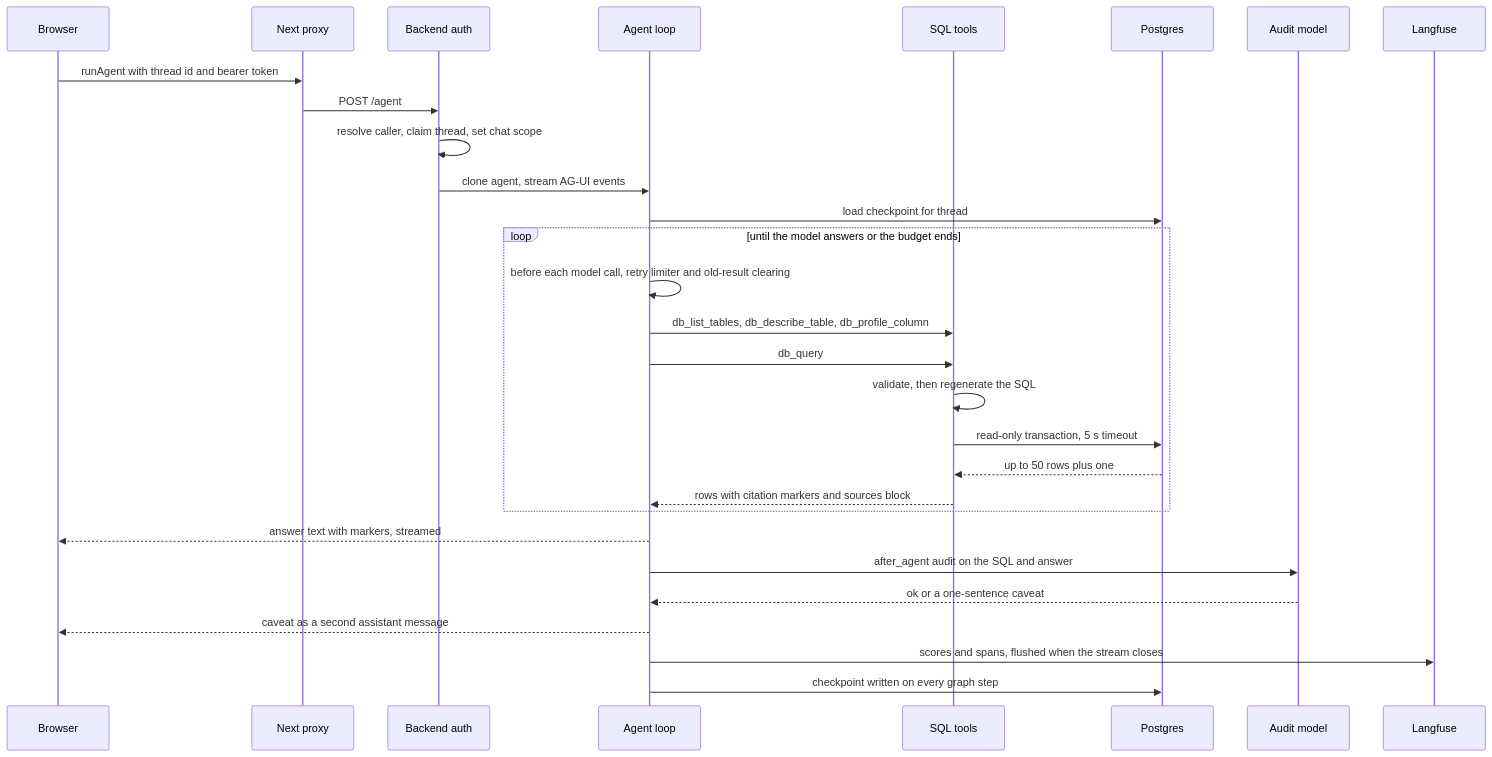
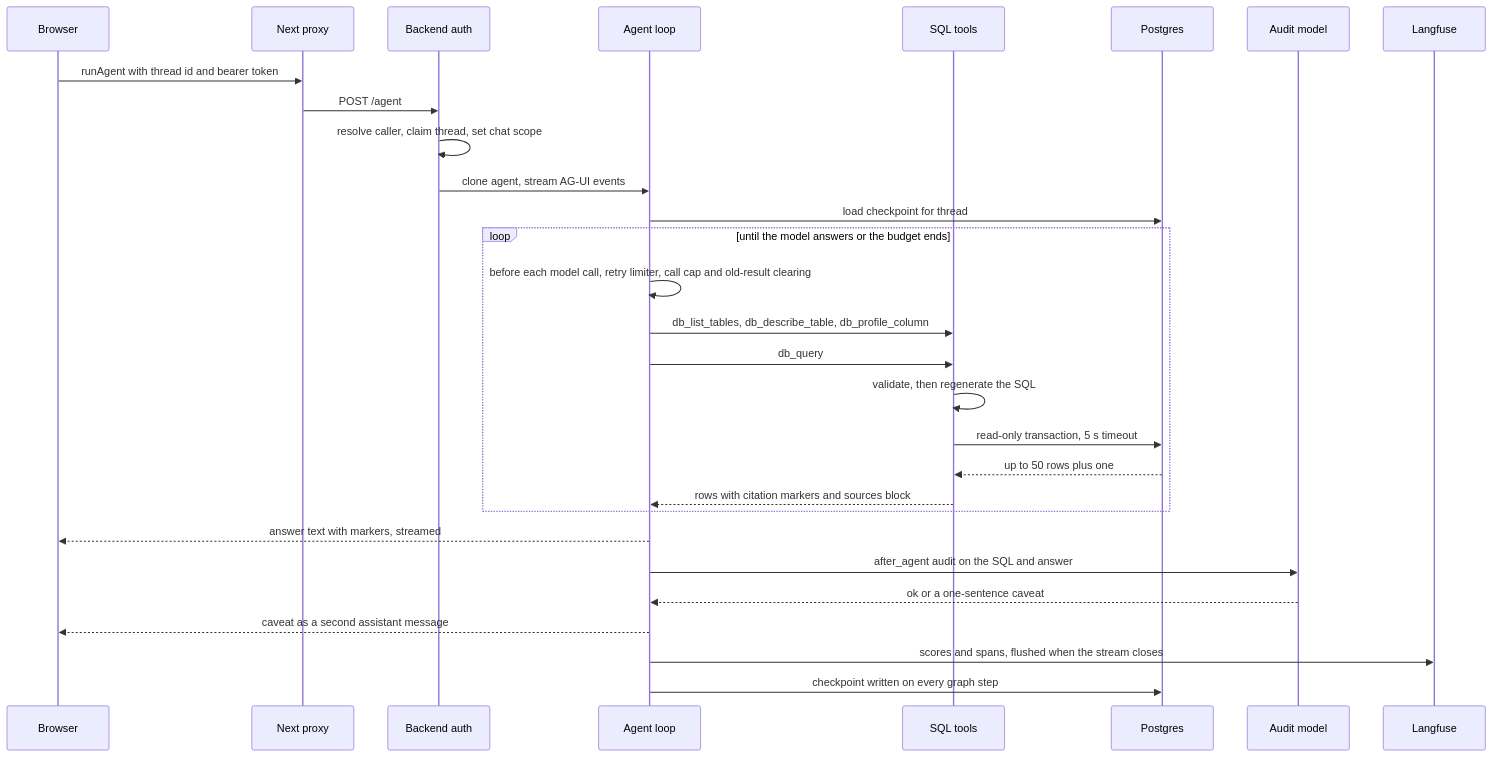
One commit to project-tech4dev/sangam changed the diagram in openwiki/workflows/ask-turn.md. Above: the diagram before and after it, drawn with Mermaid. The commit also changed other lines of this file and 36 other files, not shown here.

````diff
--- a/openwiki/workflows/ask-turn.md
+++ b/openwiki/workflows/ask-turn.md
@@ -85,32 +91,32 @@
 ```mermaid
 sequenceDiagram
     participant B as Browser
     participant P as Next proxy
     participant A as Backend auth
     participant G as Agent loop
     participant S as SQL tools
     participant D as Postgres
     participant U as Audit model
     participant T as Langfuse
 
     B->>P: runAgent with thread id and bearer token
     P->>A: POST /agent
     A->>A: resolve caller, claim thread, set chat scope
     A->>G: clone agent, stream AG-UI events
     G->>D: load checkpoint for thread
     loop until the model answers or the budget ends
-        G->>G: before each model call, retry limiter and old-result clearing
+        G->>G: before each model call, retry limiter, call cap and old-result clearing
         G->>S: db_list_tables, db_describe_table, db_profile_column
         G->>S: db_query
         S->>S: validate, then regenerate the SQL
         S->>D: read-only transaction, 5 s timeout
         D-->>S: up to 50 rows plus one
         S-->>G: rows with citation markers and sources block
     end
     G-->>B: answer text with markers, streamed
     G->>U: after_agent audit on the SQL and answer
     U-->>G: ok or a one-sentence caveat
     G-->>B: caveat as a second assistant message
     G->>T: scores and spans, flushed when the stream closes
     G->>D: checkpoint written on every graph step
 ```
````
